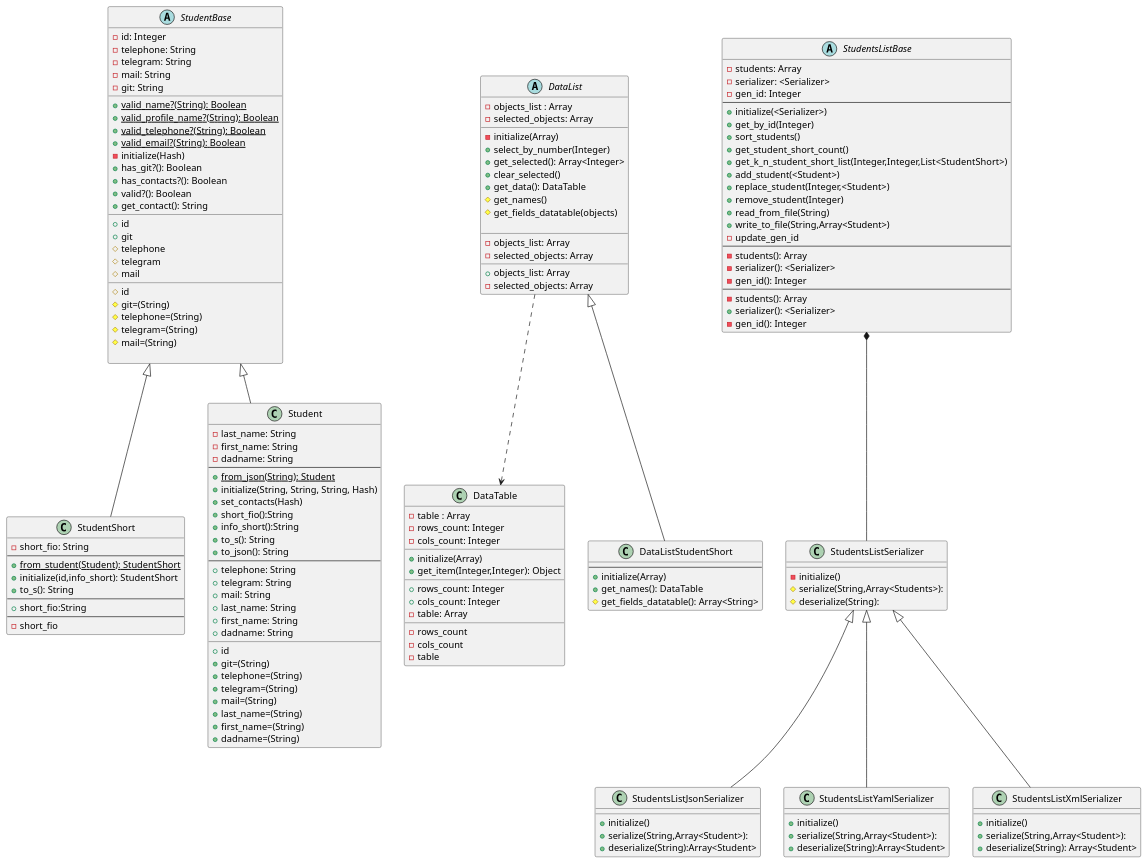
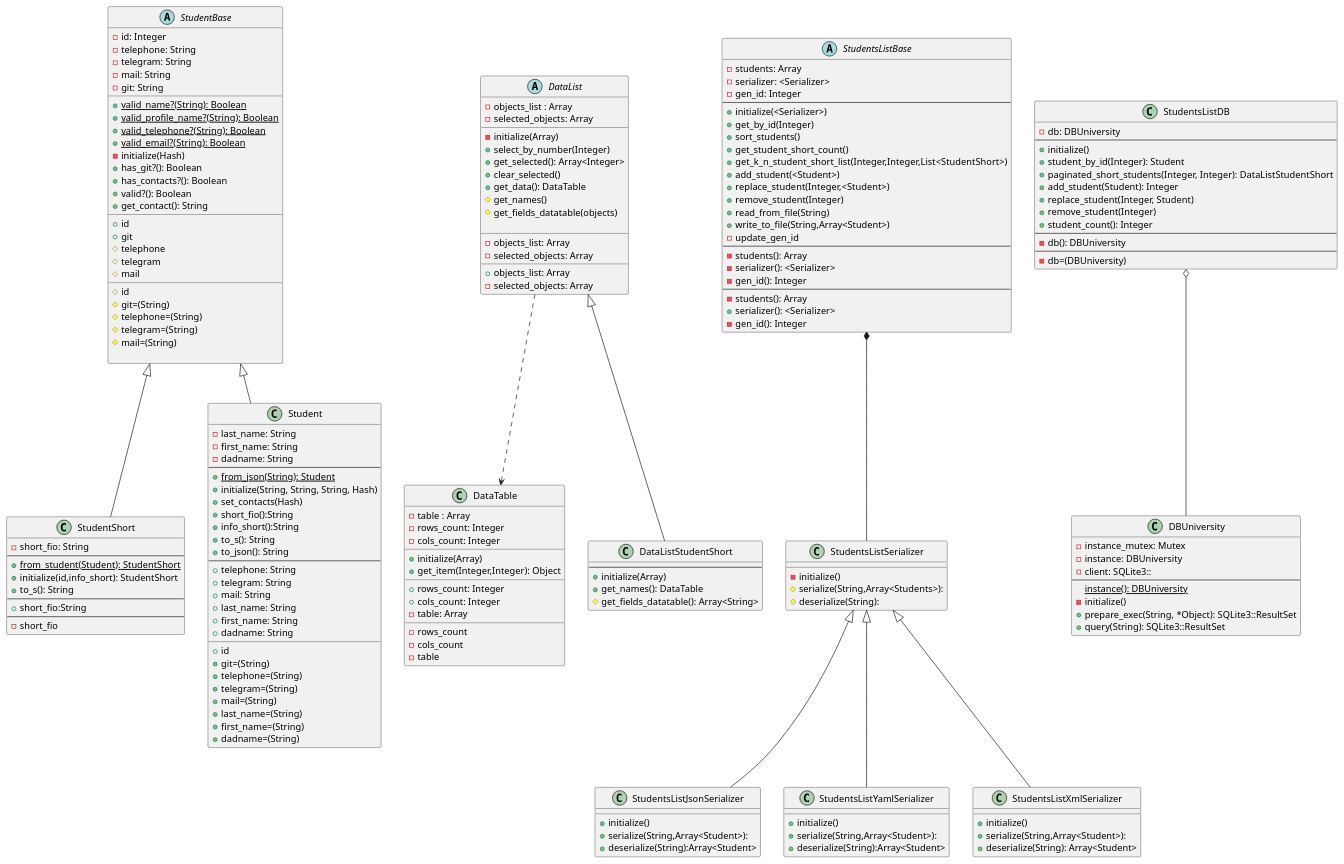
The diagram in LR2/diagram/Class/StudentClassDiagram.puml (KREEAL/RubyLabs), drawn with PlantUML before and after one commit. The commit also changed 2 other files, not shown here.

Commit message:
Актуализация диаграммы классов по 3.1

```diff
--- a/LR2/diagram/Class/StudentClassDiagram.puml
+++ b/LR2/diagram/Class/StudentClassDiagram.puml
@@ -1,171 +1,198 @@
 @startuml
 'https://plantuml.com/class-diagram
 abstract class StudentBase {
     -id: Integer
     -telephone: String
     -telegram: String
     -mail: String
     -git: String
     __
     +{static}valid_name?(String): Boolean
     +{static}valid_profile_name?(String): Boolean
     +{static}valid_telephone?(String): Boolean
     +{static}valid_email?(String): Boolean
     -initialize(Hash)
     +has_git?(): Boolean
     +has_contacts?(): Boolean
     +valid?(): Boolean
     +get_contact(): String
     __
     +id
     +git
     #telephone
     #telegram
     #mail
     __
     #id
     #git=(String)
     #telephone=(String)
     #telegram=(String)
     #mail=(String)
 
 }
 class StudentShort extends StudentBase {
     -short_fio: String
     --
     +{static}from_student(Student): StudentShort
     +initialize(id,info_short): StudentShort
     +to_s(): String
     --
     +short_fio:String
     --
     -short_fio
 }
 class Student extends StudentBase{
     -last_name: String
     -first_name: String
     -dadname: String
     --
     +{static}from_json(String): Student
     +initialize(String, String, String, Hash)
     +set_contacts(Hash)
     +short_fio():String
     +info_short():String
     +to_s(): String
     +to_json(): String
     --
     +telephone: String
     +telegram: String
     +mail: String
     +last_name: String
     +first_name: String
     +dadname: String
     __
     +id
     +git=(String)
     +telephone=(String)
     +telegram=(String)
     +mail=(String)
     +last_name=(String)
     +first_name=(String)
     +dadname=(String)
 }
 
 class DataTable{
     -table : Array
     -rows_count: Integer
     -cols_count: Integer
     __
     +initialize(Array)
     +get_item(Integer,Integer): Object
     __
     +rows_count: Integer
     +cols_count: Integer
     -table: Array
     __
     -rows_count
     -cols_count
     -table
 }
 abstract class DataList{
     -objects_list : Array
     -selected_objects: Array
     __
     -initialize(Array)
     +select_by_number(Integer)
     +get_selected(): Array<Integer>
     +clear_selected()
     +get_data(): DataTable
     #get_names()
     #get_fields_datatable(objects)
 
     __
     -objects_list: Array
     -selected_objects: Array
     __
     +objects_list: Array
     -selected_objects: Array
 }
 
 class DataListStudentShort extends DataList{
     --
     +initialize(Array)
     +get_names(): DataTable
     #get_fields_datatable(): Array<String>
 }
 
 abstract class StudentsListBase{
     -students: Array
     -serializer: <Serializer>
     -gen_id: Integer
     --
     +initialize(<Serializer>)
     +get_by_id(Integer)
     +sort_students()
     +get_student_short_count()
     +get_k_n_student_short_list(Integer,Integer,List<StudentShort>)
     +add_student(<Student>)
     +replace_student(Integer,<Student>)
     +remove_student(Integer)
     +read_from_file(String)
     +write_to_file(String,Array<Student>)
     -update_gen_id
     --
     -students(): Array
     -serializer(): <Serializer>
     -gen_id(): Integer
     --
     -students(): Array
     +serializer(): <Serializer>
     -gen_id(): Integer
 }
 
 class StudentsListSerializer{
     -initialize()
     #serialize(String,Array<Students>):
     #deserialize(String):
 }
 
 class StudentsListJsonSerializer extends StudentsListSerializer{
     +initialize()
     +serialize(String,Array<Student>):
     +deserialize(String):Array<Student>
 }
 
 class StudentsListYamlSerializer extends StudentsListSerializer{
     +initialize()
     +serialize(String,Array<Student>):
     +deserialize(String):Array<Student>
 }
 
 class StudentsListXmlSerializer extends StudentsListSerializer{
     +initialize()
     +serialize(String,Array<Student>):
     +deserialize(String): Array<Student>
 }
 
+class DBUniversity {
+    -instance_mutex: Mutex
+    -instance: DBUniversity
+    -client: SQLite3::
+    --
+    {static}instance(): DBUniversity
+    -initialize()
+    +prepare_exec(String, *Object): SQLite3::ResultSet
+    +query(String): SQLite3::ResultSet
+}
+class StudentsListDB {
+    -db: DBUniversity
+    --
+    +initialize()
+    +student_by_id(Integer): Student
+    +paginated_short_students(Integer, Integer): DataListStudentShort
+    +add_student(Student): Integer
+    +replace_student(Integer, Student)
+    +remove_student(Integer)
+    +student_count(): Integer
+    --
+    -db(): DBUniversity
+    --
+    -db=(DBUniversity)
+}
+
 
 
 DataList ..> DataTable
 StudentsListBase *-- StudentsListSerializer
+StudentsListDB o-- DBUniversity
 @enduml
```
